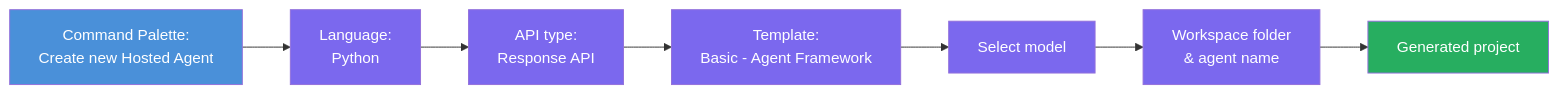
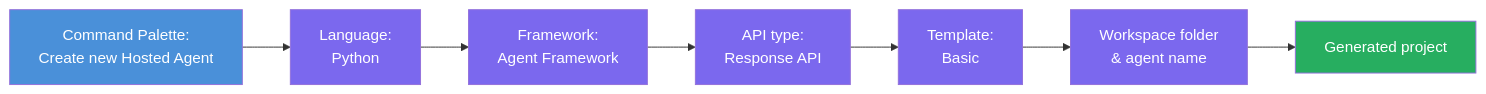
Before and after one commit to microsoft-foundry/Foundry_Toolkit_for_VSCode_Lab: the diagram in translations/en/workshop/lab01-single-agent/docs/02-create-hosted-agent.md, drawn with Mermaid. The commit also changed other lines of this file and 74 other files, not shown here.

````diff
--- a/translations/en/workshop/lab01-single-agent/docs/02-create-hosted-agent.md
+++ b/translations/en/workshop/lab01-single-agent/docs/02-create-hosted-agent.md
@@ -11,22 +11,23 @@
 ```mermaid
 flowchart LR
     A["Command Palette:
     Create new Hosted Agent"] --> B["Language:
     Python"]
-    B --> C["API type:
+    B --> C["Framework:
+    Agent Framework"]
+    C --> D["API type:
     Response API"]
-    C --> D["Template:
-    Basic - Agent Framework"]
-    D --> E["Select model"]
+    D --> E["Template:
+    Basic"]
     E --> F["Workspace folder
     & agent name"]
     F --> G["Generated project"]
 
     style A fill:#4A90D9,color:#fff
     style B fill:#7B68EE,color:#fff
     style C fill:#7B68EE,color:#fff
     style D fill:#7B68EE,color:#fff
     style E fill:#7B68EE,color:#fff
     style F fill:#7B68EE,color:#fff
     style G fill:#27AE60,color:#fff
 ```
````
